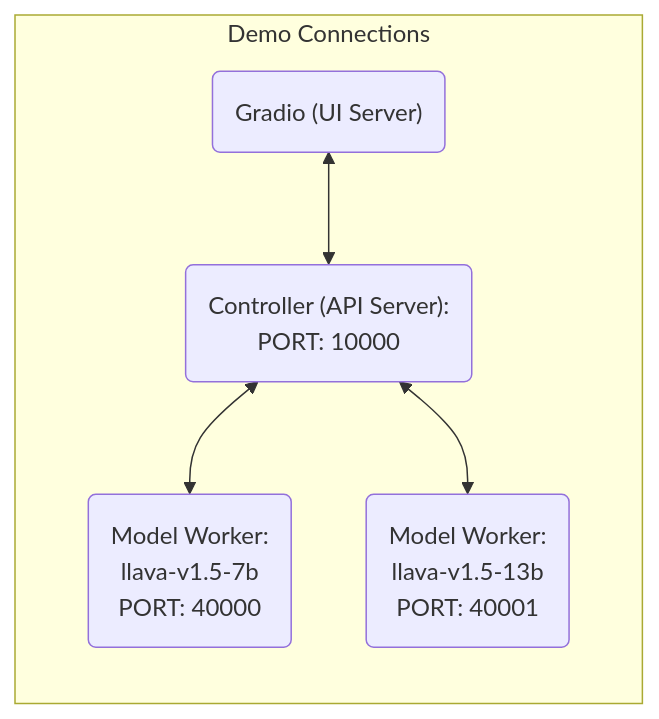
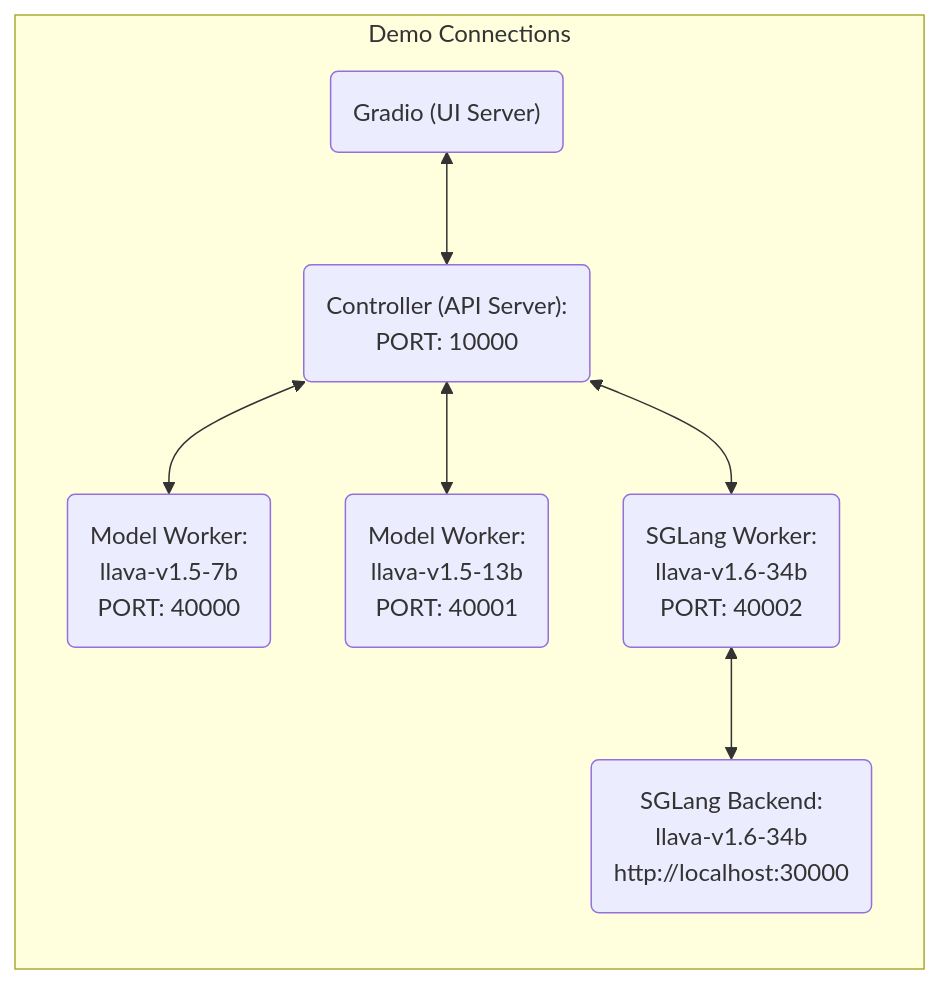
The diagram in README.md (haotian-liu/LLaVA), drawn with Mermaid before and after one commit. The commit also changed other lines of this file and 1 other file, not shown here.

Commit message:
Add SGLang doc and update dependencies.

````diff
--- a/README.md
+++ b/README.md
@@ -157,26 +155,30 @@
 ```mermaid
 flowchart BT
     %% Declare Nodes
     gws("Gradio (UI Server)")
     c("Controller (API Server):<br/>PORT: 10000")
     mw7b("Model Worker:<br/>llava-v1.5-7b<br/>PORT: 40000")
     mw13b("Model Worker:<br/>llava-v1.5-13b<br/>PORT: 40001")
+    sglw13b("SGLang Backend:<br/>llava-v1.6-34b<br/>http://localhost:30000")
+    lsglw13b("SGLang Worker:<br/>llava-v1.6-34b<br/>PORT: 40002")
 
     %% Declare Styles
     classDef data fill:#3af,stroke:#48a,stroke-width:2px,color:#444
     classDef success fill:#8f8,stroke:#0a0,stroke-width:2px,color:#444
     classDef failure fill:#f88,stroke:#f00,stroke-width:2px,color:#444
 
     %% Assign Styles
     class id,od data;
     class cimg,cs_s,scsim_s success;
     class ncimg,cs_f,scsim_f failure;
 
     subgraph Demo Connections
         direction BT
         c<-->gws
         
         mw7b<-->c
         mw13b<-->c
+        lsglw13b<-->c
+        sglw13b<-->lsglw13b
     end
 ```
````
